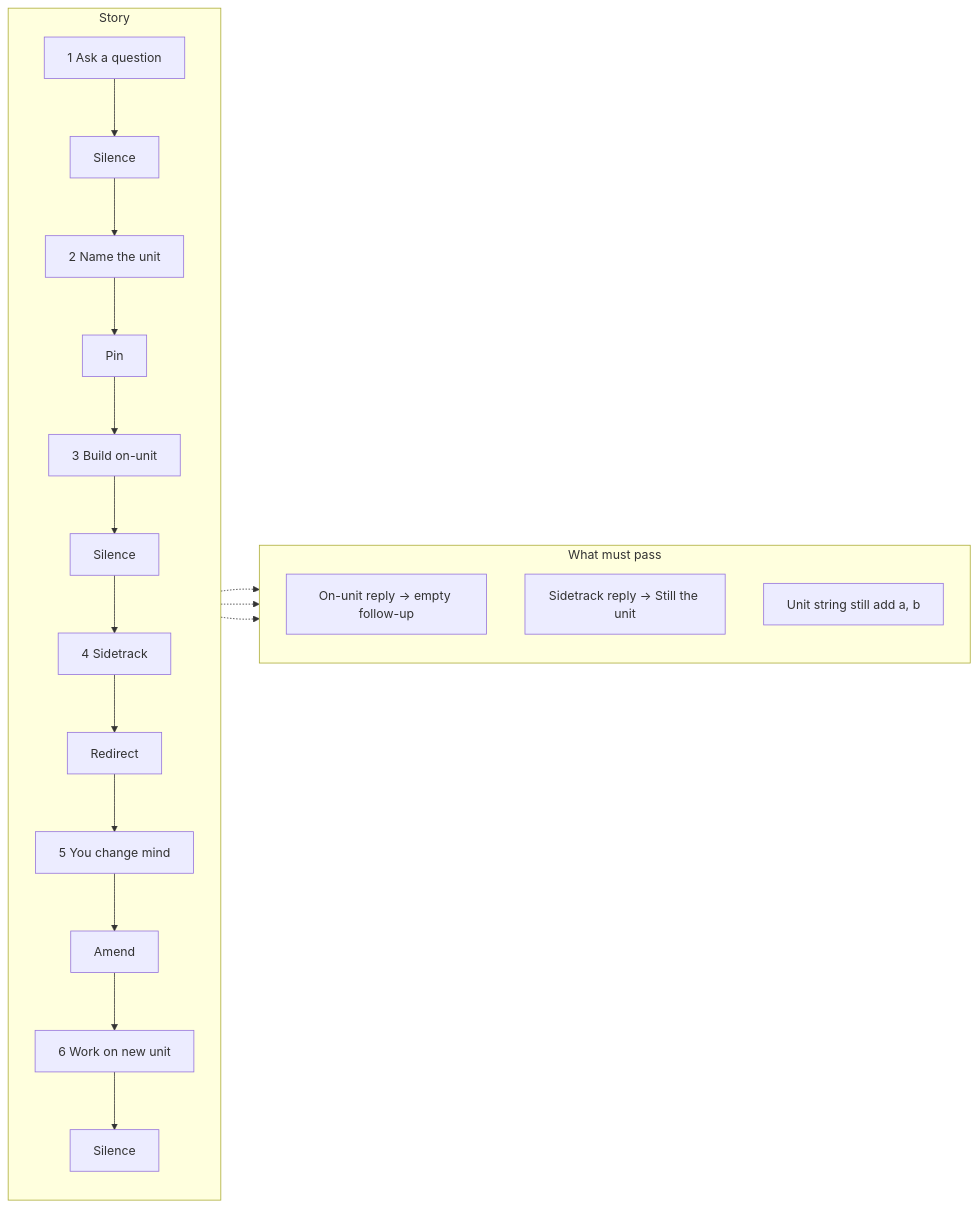
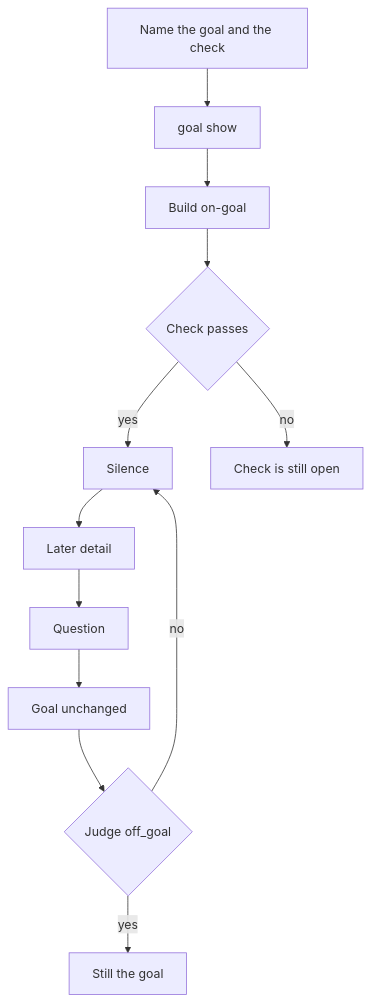
The diagram in README.md (kaijie12/context-rot-guard), drawn with Mermaid before and after one commit. The commit also changed other lines of this file and 38 other files, not shown here.

First line of the commit message:
Ship living-goal recover briefings, /show-goal, and graded recover quality.

````diff
--- a/README.md
+++ b/README.md
@@ -32,28 +50,14 @@
 ```mermaid
-flowchart LR
-  subgraph pass [What must pass]
-    direction TB
-    P1[On-unit reply → empty follow-up]
-    P2[Sidetrack reply → Still the unit]
-    P3[Unit string still add a, b]
-  end
-
-  subgraph flow [Story]
-    direction TB
-    c1[1 Ask a question] --> g1[Silence]
-    c2[2 Name the unit] --> g2[Pin]
-    c3[3 Build on-unit] --> g3[Silence]
-    c4[4 Sidetrack] --> g4[Redirect]
-    c5[5 You change mind] --> g5[Amend]
-    c6[6 Work on new unit] --> g6[Silence]
-    g1 --> c2
-    g2 --> c3
-    g3 --> c4
-    g4 --> c5
-    g5 --> c6
-  end
-
-  c3 -.-> P1
-  c4 -.-> P2
-  c4 -.-> P3
+flowchart TB
+  name[Name the goal and the check] --> show[goal show]
+  show --> work[Build on-goal]
+  work --> pass{Check passes}
+  pass -->|yes| quiet[Silence]
+  pass -->|no| open[Check is still open]
+  quiet --> detail[Later detail]
+  detail --> ask[Question]
+  ask --> same[Goal unchanged]
+  same --> off{Judge off_goal}
+  off -->|yes| still[Still the goal]
+  off -->|no| quiet
 ```
````
